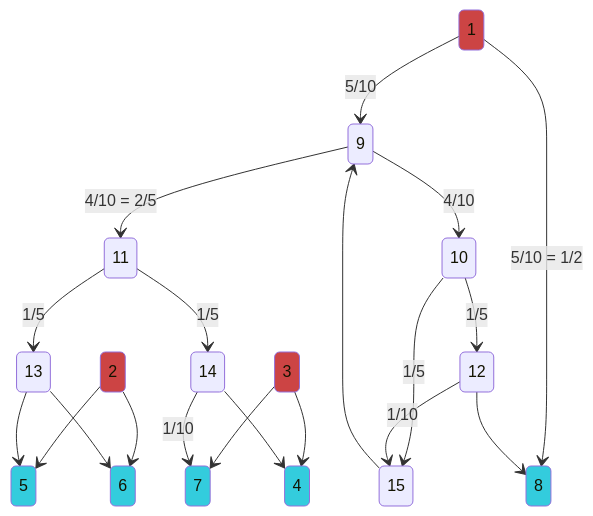
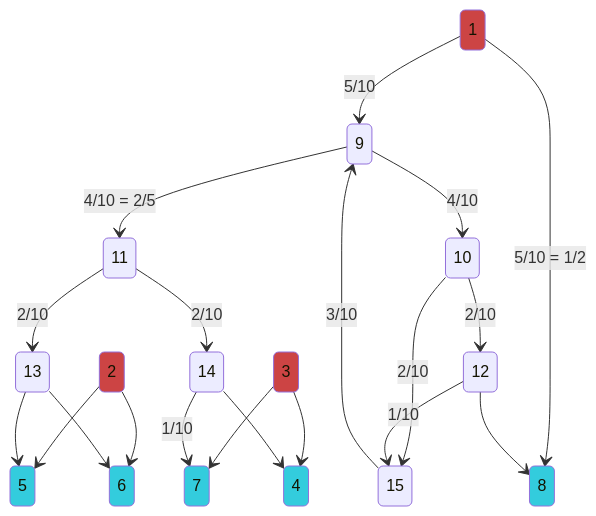
The diagram in notes/Flæðasmíði/3 over 5.md (jasonincanada/kattis), drawn with Mermaid before and after one commit. The commit also changed other lines of this file and 3 other files, not shown here.

Commit message:
update graphs, add 2/5

````diff
--- a/notes/Flæðasmíði/3 over 5.md
+++ b/notes/Flæðasmíði/3 over 5.md
@@ -3,33 +3,33 @@
 ```mermaid
 stateDiagram-v2
 	1 --> 9: 5/10
 	1 --> 8: 5/10 = 1/2
 	3 --> 7
 	3 --> 4
 	2 --> 5
 	2 --> 6
 	9 --> 10: 4/10
 	9 --> 11: 4/10 = 2/5
-	10 --> 12: 1/5
-	10 --> 15: 1/5
-	11 --> 13: 1/5
-	11 --> 14: 1/5
+	10 --> 12: 2/10
+	10 --> 15: 2/10
+	11 --> 13: 2/10
+	11 --> 14: 2/10
 	12 --> 15: 1/10
 	12 --> 8
 	13 --> 5
 	13 --> 6
 	14 --> 7: 1/10
 	14 --> 4
-	15 --> 9
+	15 --> 9: 3/10
 
 	classDef source fill:#C44
 	classDef sink fill:#3CD
 	class 1 source
 	class 2 source
 	class 3 source
 	class 4 sink
 	class 5 sink
 	class 6 sink
 	class 7 sink
 	class 8 sink
 ```
````
